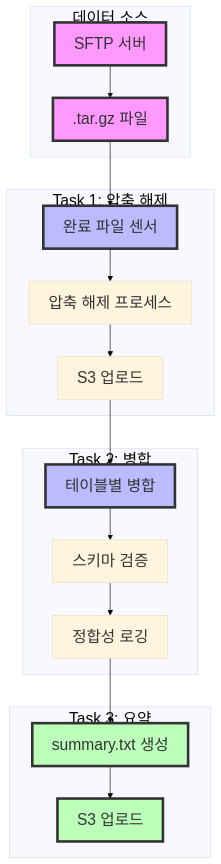
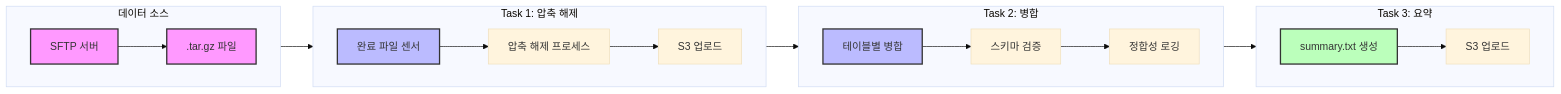
The first of 11 diagrams in _posts/2025-03-18-etl-pipeline.md (yeokyeong-yoon/yeokyeong-yoon.github.io), drawn with Mermaid before and after one commit. The commit also changed other lines of this file, not shown here.

Commit message:
revert: Restore diagram to original size and layout

````diff
--- a/_posts/2025-03-18-etl-pipeline.md
+++ b/_posts/2025-03-18-etl-pipeline.md
@@ -80,48 +80,33 @@
 ```mermaid
-%%{init: {
-  'theme': 'base',
-  'themeVariables': {
-    'fontSize': '24px',
-    'fontFamily': 'arial',
-    'lineHeight': '2',
-    'textAlignment': 'center'
-  }
-}}%%
-graph TD
+%%{init: {'theme': 'base', 'themeVariables': { 'fontSize': '16px', 'fontFamily': 'arial', 'lineHeight': '1.5', 'textAlignment': 'center' }, 'flowchart': { 'nodeSpacing': 50, 'rankSpacing': 50, 'padding': 15, 'width': '100%', 'height': '100%' }}}%%
+graph LR
     subgraph "데이터 소스"
-        SFTP[SFTP 서버]
-        TAR[.tar.gz 파일]
-        SFTP --> TAR
+        direction LR
+        S1[SFTP 서버] --> S2[.tar.gz 파일]
     end
     
     subgraph "Task 1: 압축 해제"
-        SENSOR[완료 파일 센서]
-        EXTRACT[압축 해제 프로세스]
-        UPLOAD[S3 업로드]
-        SENSOR --> EXTRACT --> UPLOAD
+        direction LR
+        T1[완료 파일 센서] --> T2[압축 해제 프로세스] --> T3[S3 업로드]
     end
     
     subgraph "Task 2: 병합"
-        MERGE[테이블별 병합]
-        VALIDATE[스키마 검증]
-        LOG[정합성 로깅]
-        MERGE --> VALIDATE --> LOG
+        direction LR
+        T4[테이블별 병합] --> T5[스키마 검증] --> T6[정합성 로깅]
     end
     
     subgraph "Task 3: 요약"
-        SUMMARY[summary.txt 생성]
-        S3[S3 업로드]
-        SUMMARY --> S3
+        direction LR
+        T7[summary.txt 생성] --> T8[S3 업로드]
     end
     
-    TAR --> SENSOR
-    UPLOAD --> MERGE
-    LOG --> SUMMARY
+    S2 --> T1
+    T3 --> T4
+    T6 --> T7
     
-    style SFTP fill:#f9f,stroke:#333,stroke-width:4px
-    style TAR fill:#f9f,stroke:#333,stroke-width:4px
-    style SENSOR fill:#bbf,stroke:#333,stroke-width:4px
-    style MERGE fill:#bbf,stroke:#333,stroke-width:4px
-    style SUMMARY fill:#bfb,stroke:#333,stroke-width:4px
-    style S3 fill:#bfb,stroke:#333,stroke-width:4px
+    style S1 fill:#f9f,stroke:#333,stroke-width:2px
+    style S2 fill:#f9f,stroke:#333,stroke-width:2px
+    style T1 fill:#bbf,stroke:#333,stroke-width:2px
+    style T4 fill:#bbf,stroke:#333,stroke-width:2px
+    style T7 fill:#bfb,stroke:#333,stroke-width:2px
 ```
````
